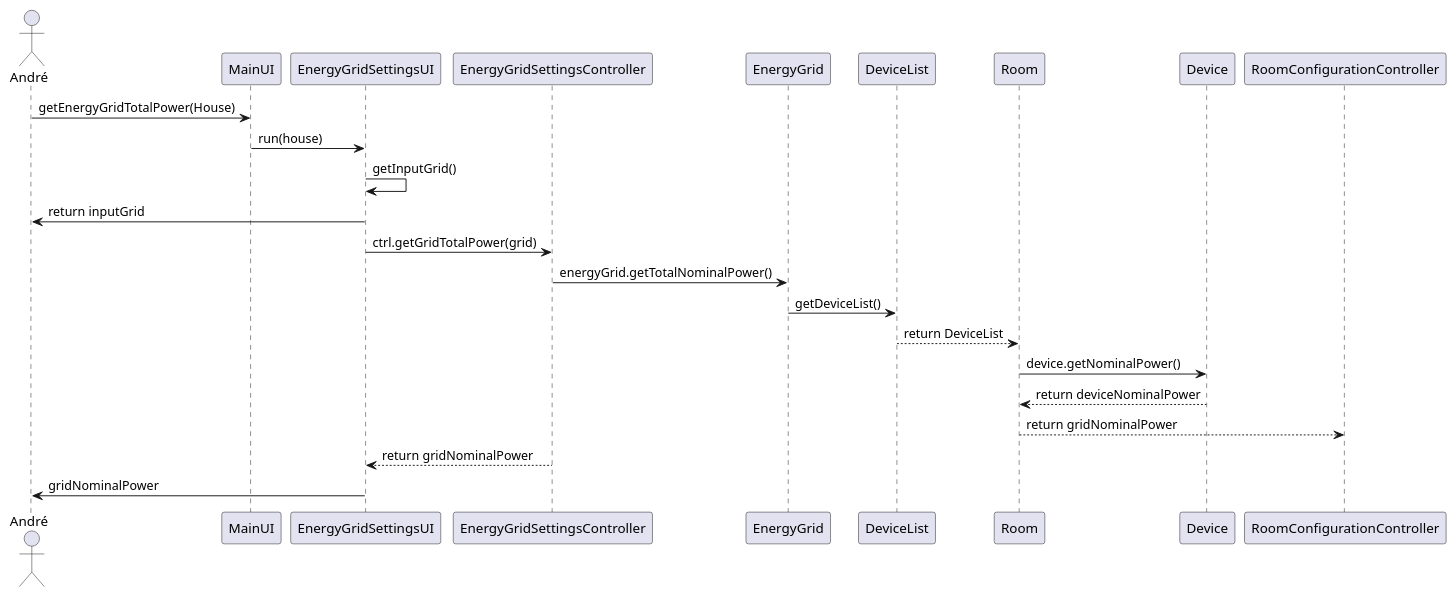
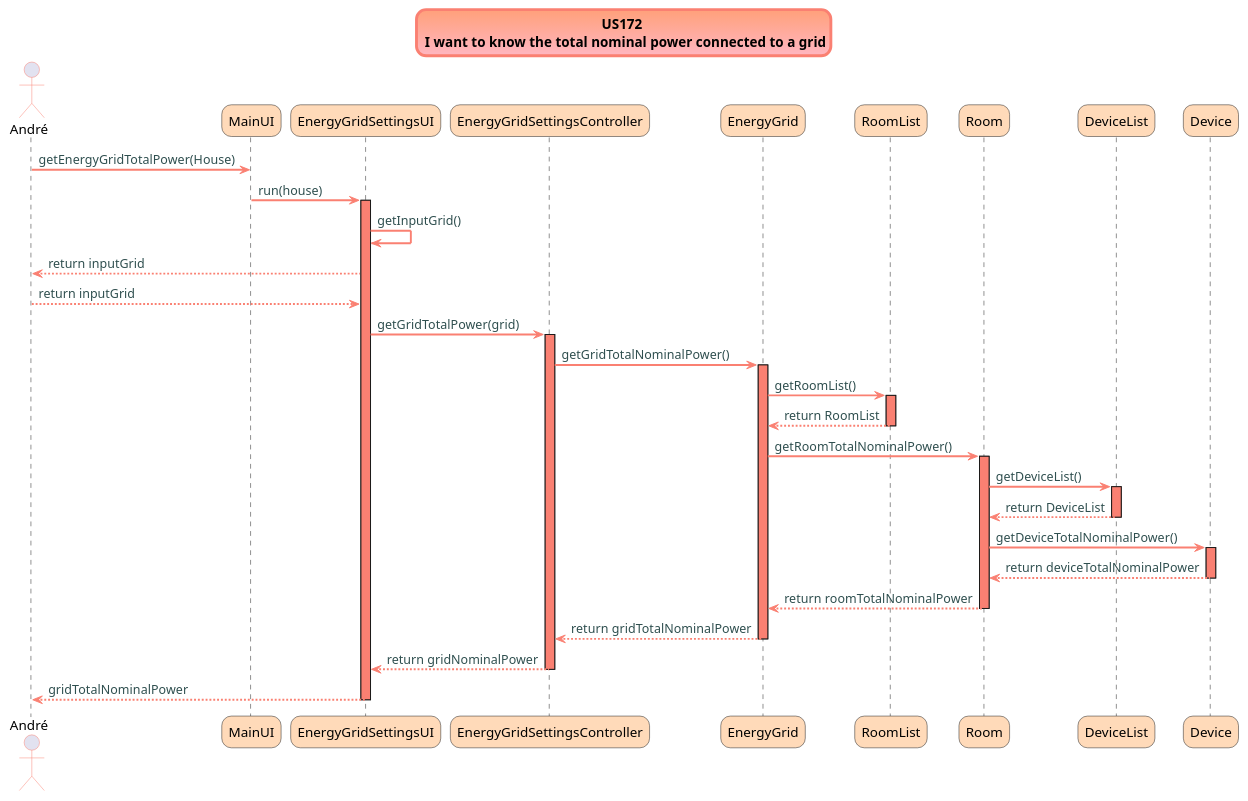
The diagram in uml/US172.puml (Almadanmp/project), drawn with PlantUML before and after one commit.

Commit message:
#59 uml sequence updated

```diff
--- a/uml/US172.puml
+++ b/uml/US172.puml
@@ -1,19 +1,64 @@
 @startuml
+
+skinparam titleBorderRoundCorner 25
+skinparam titleBorderThickness 3
+skinparam titleBorderColor salmon
+skinparam titleBackgroundColor lightsalmon-lightpink
+skinparam FontName Verdana
+
+title US172 \n I want to know the total nominal power connected to a grid
+
+skinparam actor {
+	BorderColor salmon
+	}
+
+skinparam sequence {
+	LifeLineBackgroundColor salmon
+	ParticipantBackgroundColor PeachPuff
+}
+
+skinparam roundcorner 20
+
+skinparam component {
+  arrowThickness 2
+  ArrowFontName Verdana
+  ArrowColor salmon
+  ArrowFontColor darkslategrey
+}
 
 actor André
 André -> MainUI: getEnergyGridTotalPower(House)
 MainUI -> EnergyGridSettingsUI: run(house)
+activate EnergyGridSettingsUI
 EnergyGridSettingsUI -> EnergyGridSettingsUI: getInputGrid()
+André <-- EnergyGridSettingsUI: return inputGrid
 
-André <- EnergyGridSettingsUI: return inputGrid
-EnergyGridSettingsUI -> EnergyGridSettingsController: ctrl.getGridTotalPower(grid)
-EnergyGridSettingsController -> EnergyGrid: energyGrid.getTotalNominalPower()
-EnergyGrid -> DeviceList: getDeviceList()
+André --> EnergyGridSettingsUI: return inputGrid
+EnergyGridSettingsUI -> EnergyGridSettingsController: getGridTotalPower(grid)
+activate EnergyGridSettingsController
+EnergyGridSettingsController -> EnergyGrid: getGridTotalNominalPower()
+activate EnergyGrid
+EnergyGrid -> RoomList: getRoomList()
+activate RoomList
+RoomList --> EnergyGrid: return RoomList
+deactivate RoomList
+EnergyGrid -> Room: getRoomTotalNominalPower()
+activate Room
+Room -> DeviceList: getDeviceList()
+activate DeviceList
 DeviceList --> Room: return DeviceList
-Room -> Device: device.getNominalPower()
-Device --> Room: return deviceNominalPower
-Room --> RoomConfigurationController: return gridNominalPower
+deactivate DeviceList
+Room -> Device: getDeviceTotalNominalPower()
+activate Device
+Device --> Room: return deviceTotalNominalPower
+deactivate Device
+Room --> EnergyGrid: return roomTotalNominalPower
+deactivate Room
+EnergyGrid --> EnergyGridSettingsController: return gridTotalNominalPower
+deactivate EnergyGrid
 EnergyGridSettingsController --> EnergyGridSettingsUI: return gridNominalPower
-EnergyGridSettingsUI -> André: gridNominalPower
+deactivate EnergyGridSettingsController
+EnergyGridSettingsUI --> André: gridTotalNominalPower
+deactivate EnergyGridSettingsUI
 
 @endumlΩ
```
